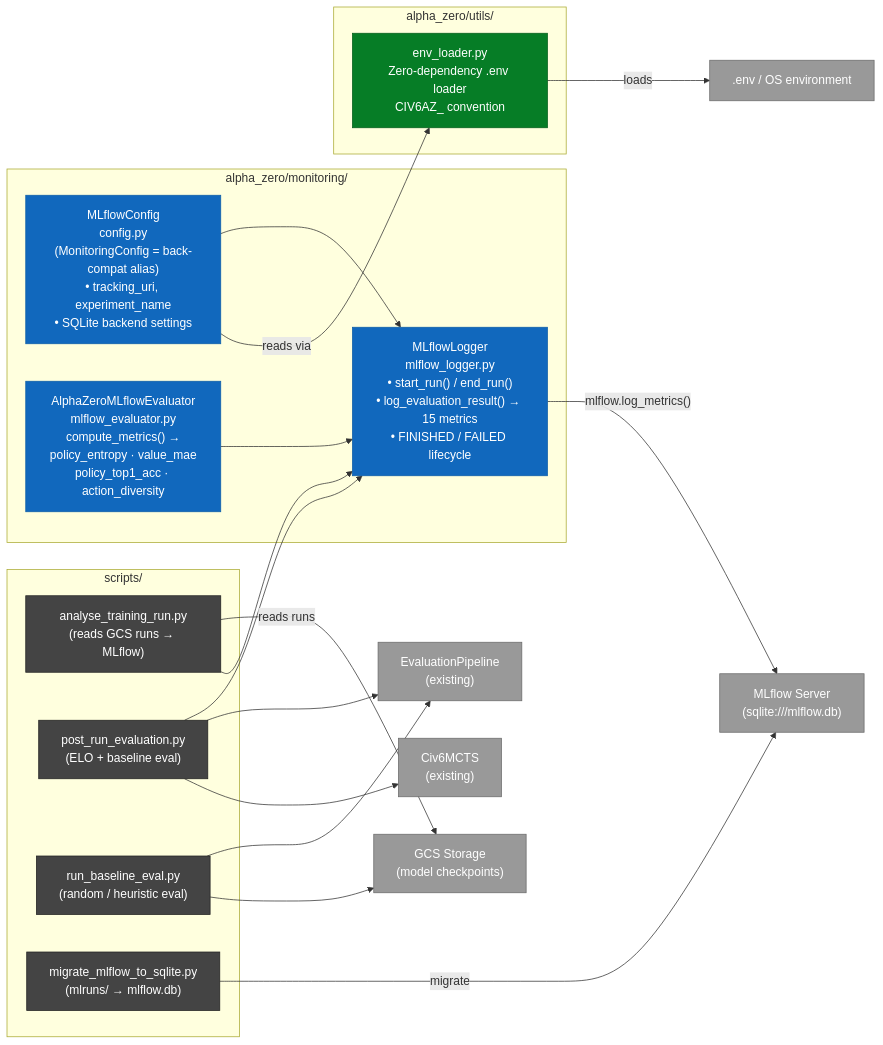
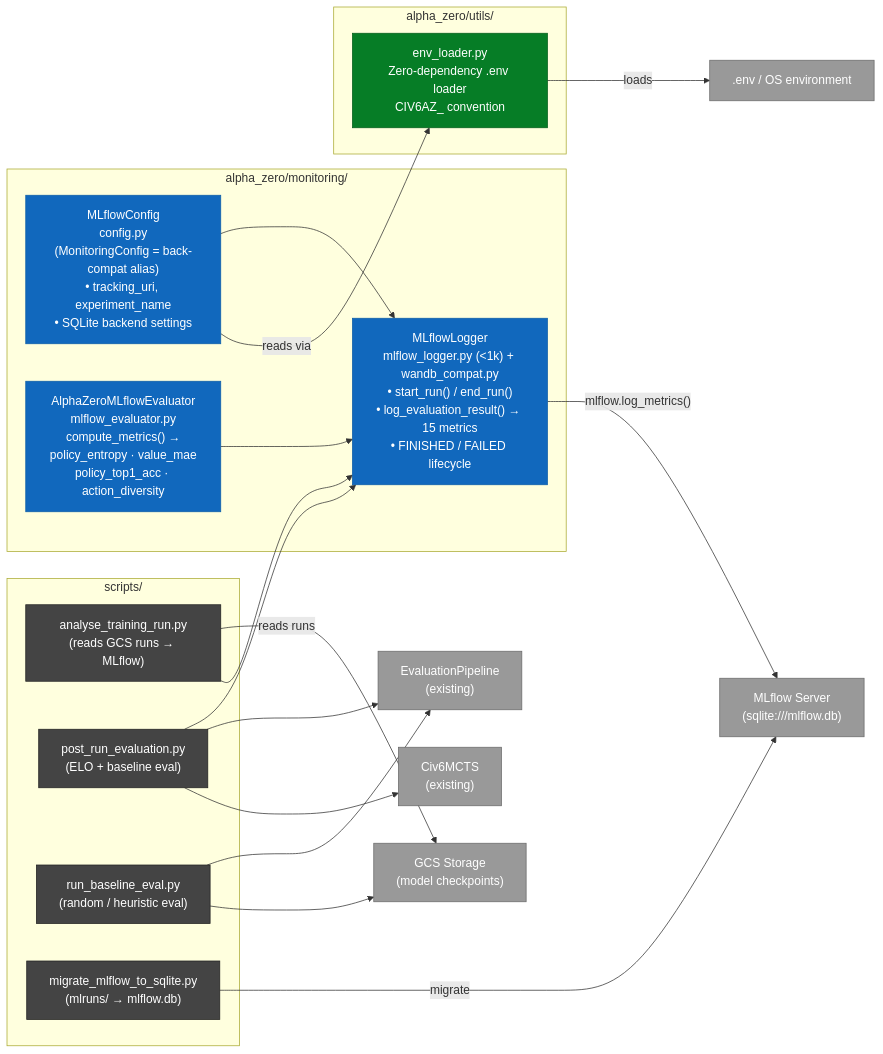
Before and after one commit to Mango-Metrics-NLM/Civ6-AlphaZero: the third of 9 diagrams in docs/architecture/C4_ARCHITECTURE.md, drawn with Mermaid. The commit also changed other lines of this file and 13 other files, not shown here.

Commit message:
chore(hygiene,docs): ratchet cloud floor and debt baseline, sync ignores and architecture docs

````diff
--- a/docs/architecture/C4_ARCHITECTURE.md
+++ b/docs/architecture/C4_ARCHITECTURE.md
@@ -145,46 +146,46 @@
 ```mermaid
 flowchart LR
     classDef comp fill:#1168BD,color:#fff,stroke:#0E5EA8
     classDef script fill:#444,color:#fff,stroke:#222
     classDef ext fill:#999,color:#fff,stroke:#6B6B6B
     classDef util fill:#067D26,color:#fff,stroke:#055E1C
 
     subgraph Monitoring["alpha_zero/monitoring/"]
-        MLflowLogger["MLflowLogger\nmlflow_logger.py\n• start_run() / end_run()\n• log_evaluation_result() → 15 metrics\n• FINISHED / FAILED lifecycle"]:::comp
+        MLflowLogger["MLflowLogger\nmlflow_logger.py (<1k) + wandb_compat.py\n• start_run() / end_run()\n• log_evaluation_result() → 15 metrics\n• FINISHED / FAILED lifecycle"]:::comp
         MLflowConfig["MLflowConfig\nconfig.py\n(MonitoringConfig = back-compat alias)\n• tracking_uri, experiment_name\n• SQLite backend settings"]:::comp
         AZEvaluator["AlphaZeroMLflowEvaluator\nmlflow_evaluator.py\ncompute_metrics() →\npolicy_entropy · value_mae\npolicy_top1_acc · action_diversity"]:::comp
     end
 
     subgraph Scripts["scripts/"]
         AnalyseScript["analyse_training_run.py\n(reads GCS runs → MLflow)"]:::script
         PostRunScript["post_run_evaluation.py\n(ELO + baseline eval)"]:::script
         BaselineScript["run_baseline_eval.py\n(random / heuristic eval)"]:::script
         MigrateScript["migrate_mlflow_to_sqlite.py\n(mlruns/ → mlflow.db)"]:::script
     end
 
     subgraph Utils["alpha_zero/utils/"]
         EnvLoader["env_loader.py\nZero-dependency .env loader\nCIV6AZ_ convention"]:::util
     end
 
     EvalPipeline["EvaluationPipeline\n(existing)"]:::ext
     Civ6MCTS["Civ6MCTS\n(existing)"]:::ext
     MLflowServer["MLflow Server\n(sqlite:///mlflow.db)"]:::ext
     GCSStorage["GCS Storage\n(model checkpoints)"]:::ext
     DotEnvFile[".env / OS environment"]:::ext
 
     MLflowConfig --> MLflowLogger
     AZEvaluator --> MLflowLogger
     MLflowLogger -->|"mlflow.log_metrics()"| MLflowServer
 
     AnalyseScript -->|"reads runs"| GCSStorage
     AnalyseScript --> MLflowLogger
     PostRunScript --> MLflowLogger
     PostRunScript --> EvalPipeline
     PostRunScript --> Civ6MCTS
     BaselineScript --> EvalPipeline
     BaselineScript --> GCSStorage
     MigrateScript -->|"migrate"| MLflowServer
 
     EnvLoader -->|"loads"| DotEnvFile
     MLflowConfig -->|"reads via"| EnvLoader
 ```
````
